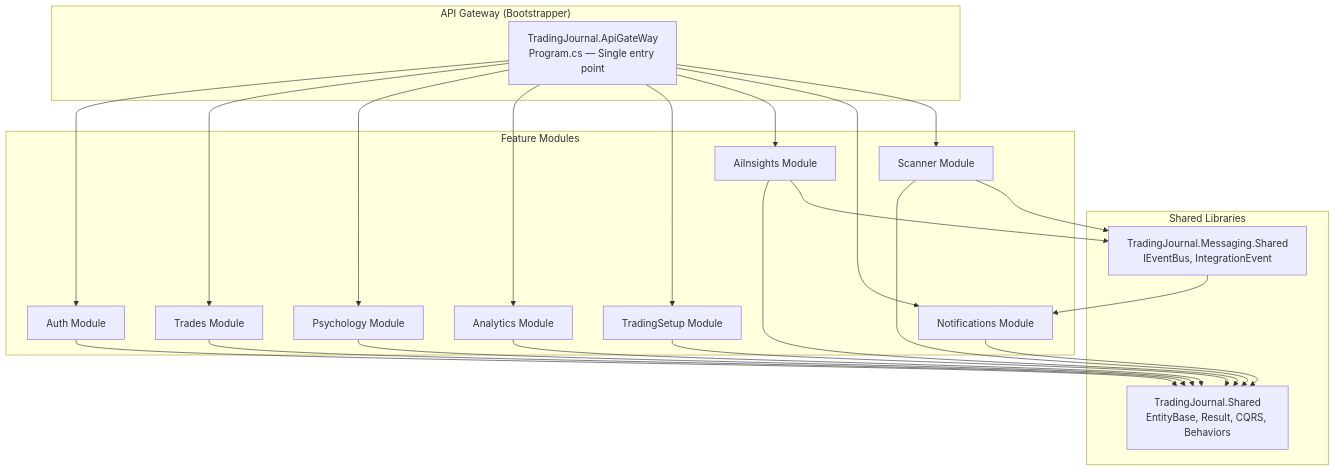
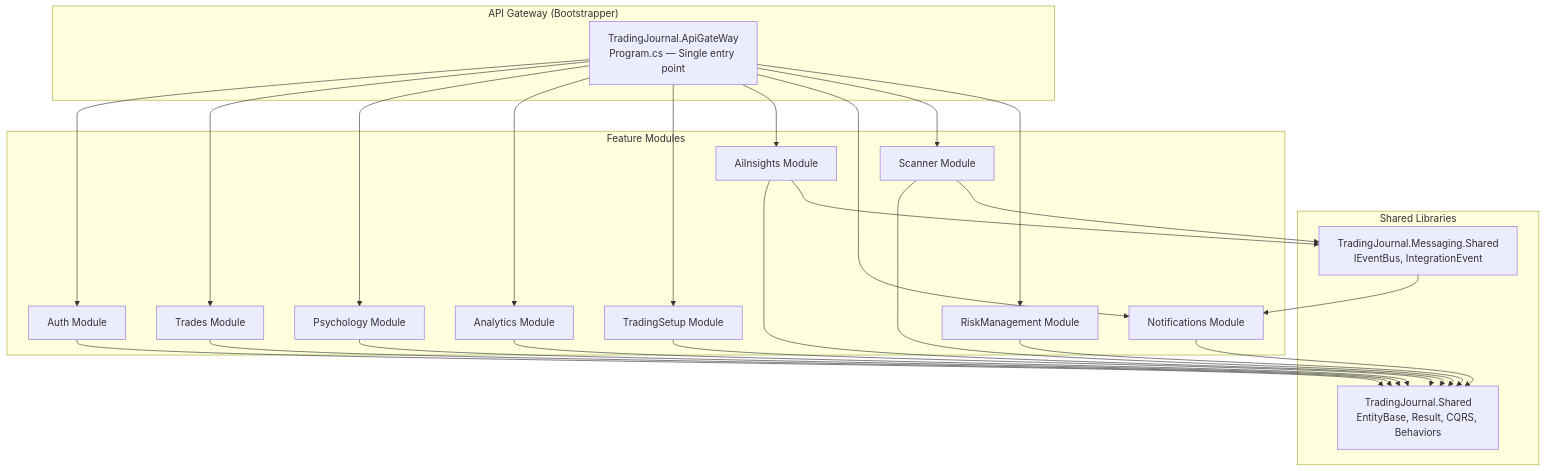
One commit to quockhangluong1012/trading-journal-backend changed the first of 3 diagrams in docs/TECHNICAL_SPEC.md. Above: the diagram before and after it, drawn with Mermaid. The commit also changed other lines of this file and 27 other files, not shown here.

````diff
--- a/docs/TECHNICAL_SPEC.md
+++ b/docs/TECHNICAL_SPEC.md
@@ -37,27 +43,28 @@
 ```mermaid
 graph TB
     subgraph "API Gateway (Bootstrapper)"
         GW["TradingJournal.ApiGateWay<br/>Program.cs — Single entry point"]
     end
 
     subgraph "Shared Libraries"
         SH["TradingJournal.Shared<br/>EntityBase, Result, CQRS, Behaviors"]
         MS["TradingJournal.Messaging.Shared<br/>IEventBus, IntegrationEvent"]
     end
 
     subgraph "Feature Modules"
         AUTH["Auth Module"]
         TRADE["Trades Module"]
         PSYCH["Psychology Module"]
         ANALYTICS["Analytics Module"]
         SETUP["TradingSetup Module"]
         AI["AiInsights Module"]
         NOTIF["Notifications Module"]
         SCAN["Scanner Module"]
+        RISK["RiskManagement Module"]
     end
 
-    GW --> AUTH & TRADE & PSYCH & ANALYTICS & SETUP & AI & NOTIF & SCAN
-    AUTH & TRADE & PSYCH & ANALYTICS & SETUP & AI & NOTIF & SCAN --> SH
+    GW --> AUTH & TRADE & PSYCH & ANALYTICS & SETUP & AI & NOTIF & SCAN & RISK
+    AUTH & TRADE & PSYCH & ANALYTICS & SETUP & AI & NOTIF & SCAN & RISK --> SH
     SCAN & AI --> MS
     MS --> NOTIF
 ```
````
